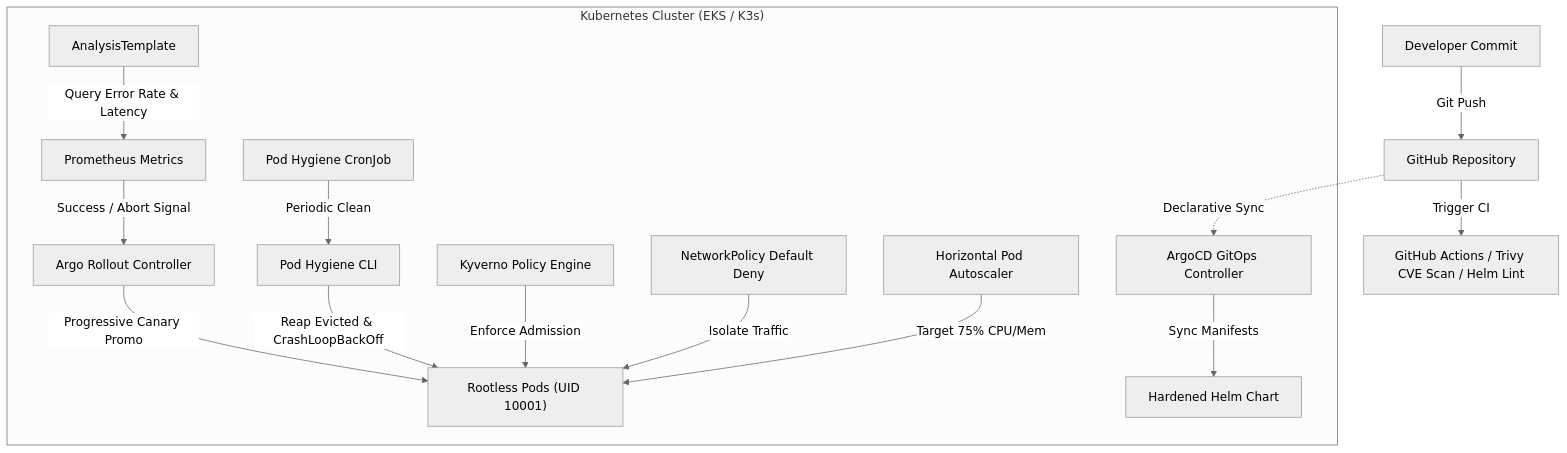
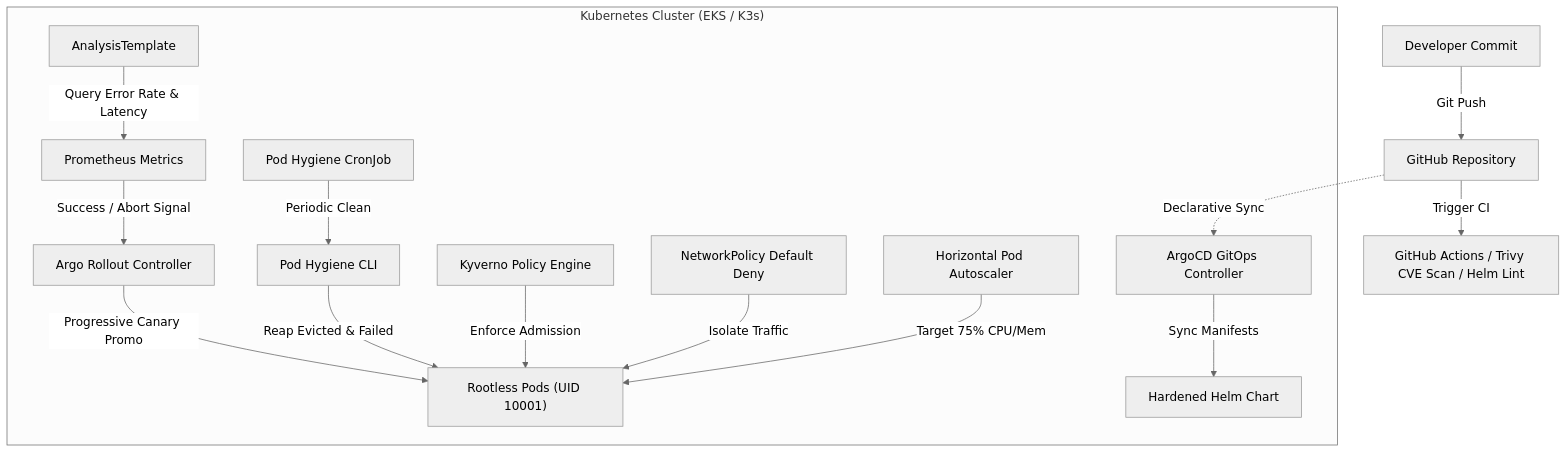
Before and after one commit to shafiktanbir/K8s-Infra-Hardening: the diagram in README.md, drawn with Mermaid (neutral theme). The commit also changed other lines of this file and 3 other files, not shown here.

````diff
--- a/README.md
+++ b/README.md
@@ -20,22 +19,22 @@
 ```mermaid
 graph TD
     Developer["Developer Commit"] -->|Git Push| GitHub["GitHub Repository"]
     GitHub -->|Trigger CI| GHAction["GitHub Actions / Trivy CVE Scan / Helm Lint"]
     
     subgraph K8s_Cluster ["Kubernetes Cluster (EKS / K3s)"]
         ArgoCD["ArgoCD GitOps Controller"] -->|Sync Manifests| AppChart["Hardened Helm Chart"]
         Rollout["Argo Rollout Controller"] -->|Progressive Canary Promo| Pods["Rootless Pods (UID 10001)"]
         
         Analysis["AnalysisTemplate"] -->|Query Error Rate & Latency| Prometheus["Prometheus Metrics"]
         Prometheus -->|Success / Abort Signal| Rollout
 
         Kyverno["Kyverno Policy Engine"] -->|Enforce Admission| Pods
         NetPol["NetworkPolicy Default Deny"] -->|Isolate Traffic| Pods
         HPA["Horizontal Pod Autoscaler"] -->|Target 75% CPU/Mem| Pods
         
         Cron["Pod Hygiene CronJob"] -->|Periodic Clean| HyCli["Pod Hygiene CLI"]
-        HyCli -->|Reap Evicted & CrashLoopBackOff| Pods
+        HyCli -->|Reap Evicted & Failed| Pods
     end
 
     GitHub -.->|Declarative Sync| ArgoCD
 ```
````
